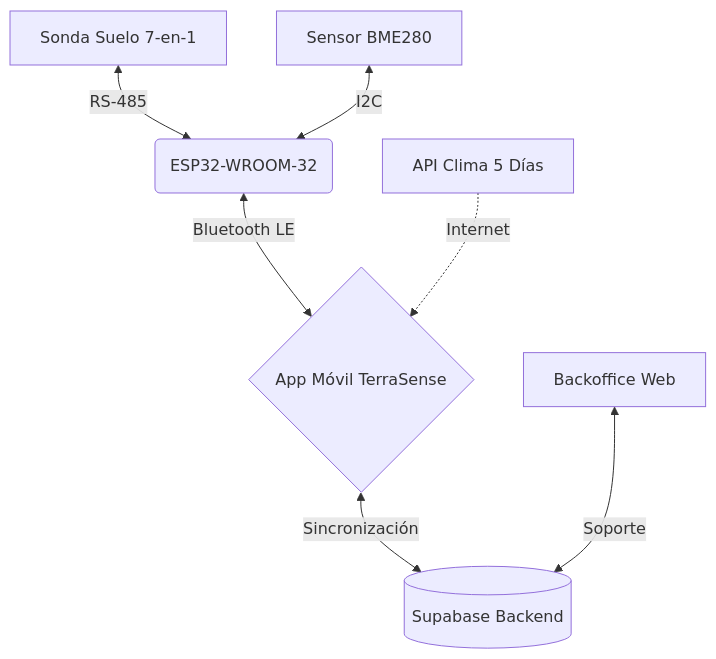
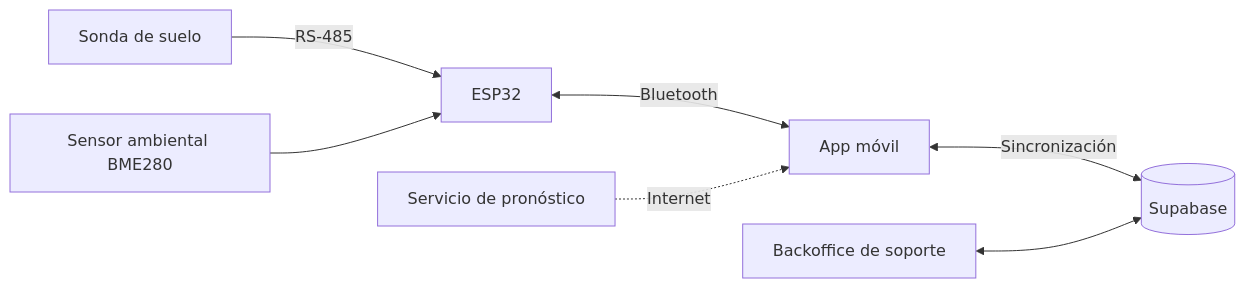
The diagram in README.md (Alvarinhoooo7/TerraSence), drawn with Mermaid before and after one commit. The commit also changed other lines of this file and 2 other files, not shown here.

First line of the commit message:
docs: README de la raíz y de la app más breves, con el modelo económico enlazado

````diff
--- a/README.md
+++ b/README.md
@@ -76,9 +23,9 @@
 ```mermaid
-graph TD;
-    A[Sonda Suelo 7-en-1] <-->|RS-485| B(ESP32-WROOM-32);
-    C[Sensor BME280] <-->|I2C| B;
-    B <-->|Bluetooth LE| D{App Móvil TerraSense};
-    E[API Clima 5 Días] -.->|Internet| D;
-    D <-->|Sincronización| F[(Supabase Backend)];
-    G[Backoffice Web] <-->|Soporte| F;
+flowchart LR
+    S[Sonda de suelo] -->|RS-485| E[ESP32]
+    B[Sensor ambiental BME280] --> E
+    E <-->|Bluetooth| A[App móvil]
+    C[Servicio de pronóstico] -.->|Internet| A
+    A <-->|Sincronización| D[(Supabase)]
+    W[Backoffice de soporte] <--> D
 ```
````
